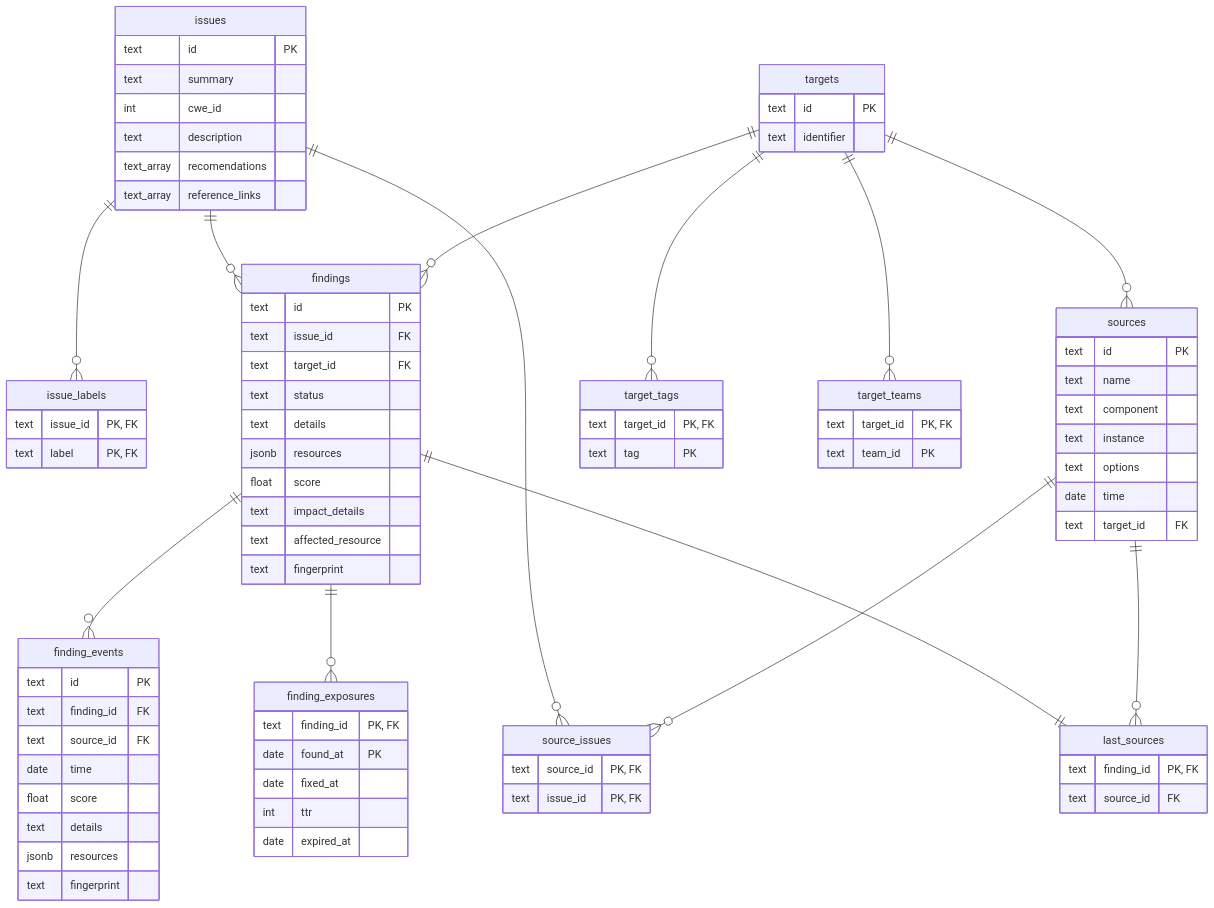
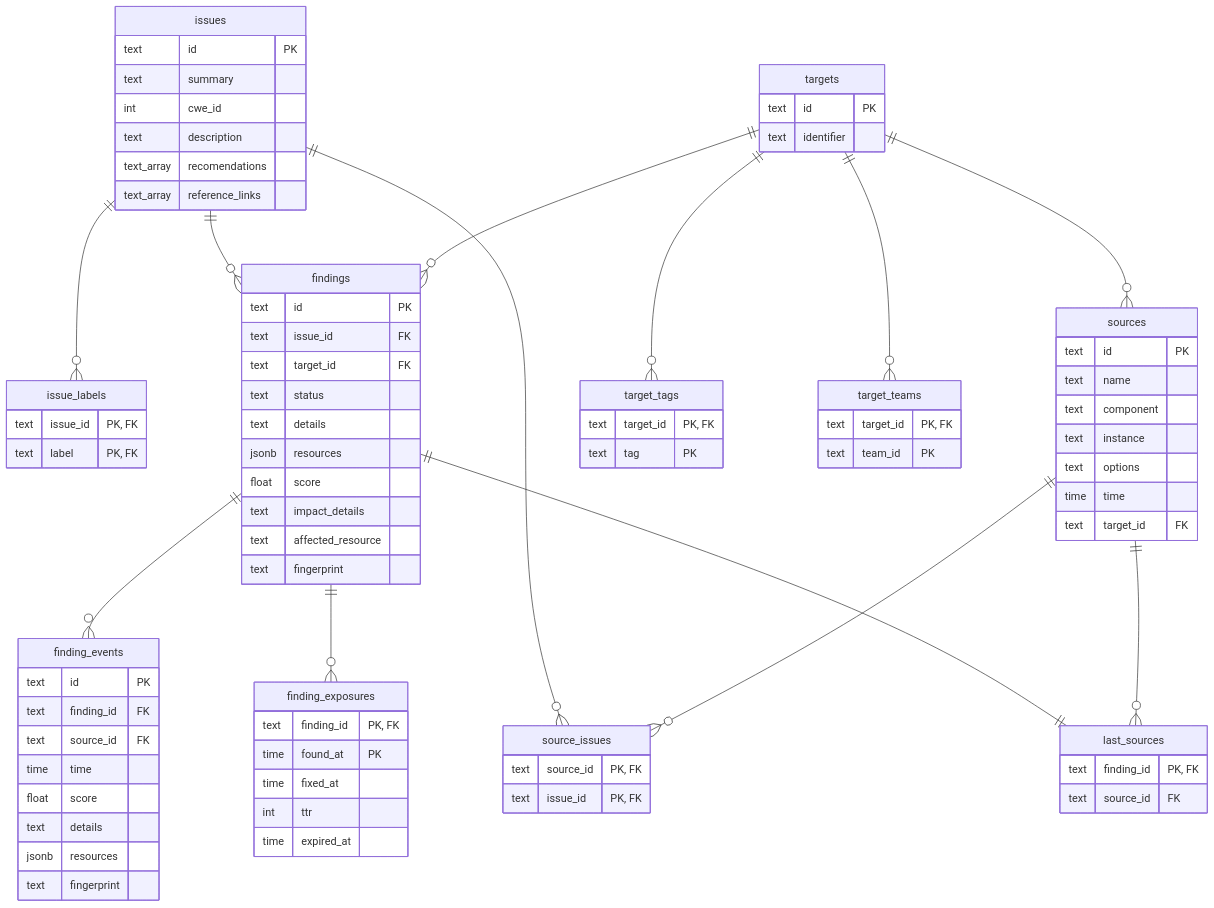
The first of 2 diagrams in docs/data-models.md (adevinta/vulcan-docs), drawn with Mermaid before and after one commit. The commit also changed other lines of this file, not shown here.

```diff
--- a/docs/data-models.md
+++ b/docs/data-models.md
@@ -32,7 +32,7 @@
       text id "PK"
       text finding_id "FK"
       text source_id "FK"
-      date time
+      time time
       float score
       text details
       jsonb resources
@@ -40,10 +40,10 @@
     }
     finding_exposures {
       text finding_id "PK, FK"
-      date found_at "PK"
-      date fixed_at
+      time found_at "PK"
+      time fixed_at
       int ttr
-      date expired_at
+      time expired_at
     }
     sources {
       text id "PK"
@@ -51,7 +51,7 @@
       text component
       text instance
       text options
-      date time
+      time time
       text target_id "FK"
     }
     source_issues {
```
